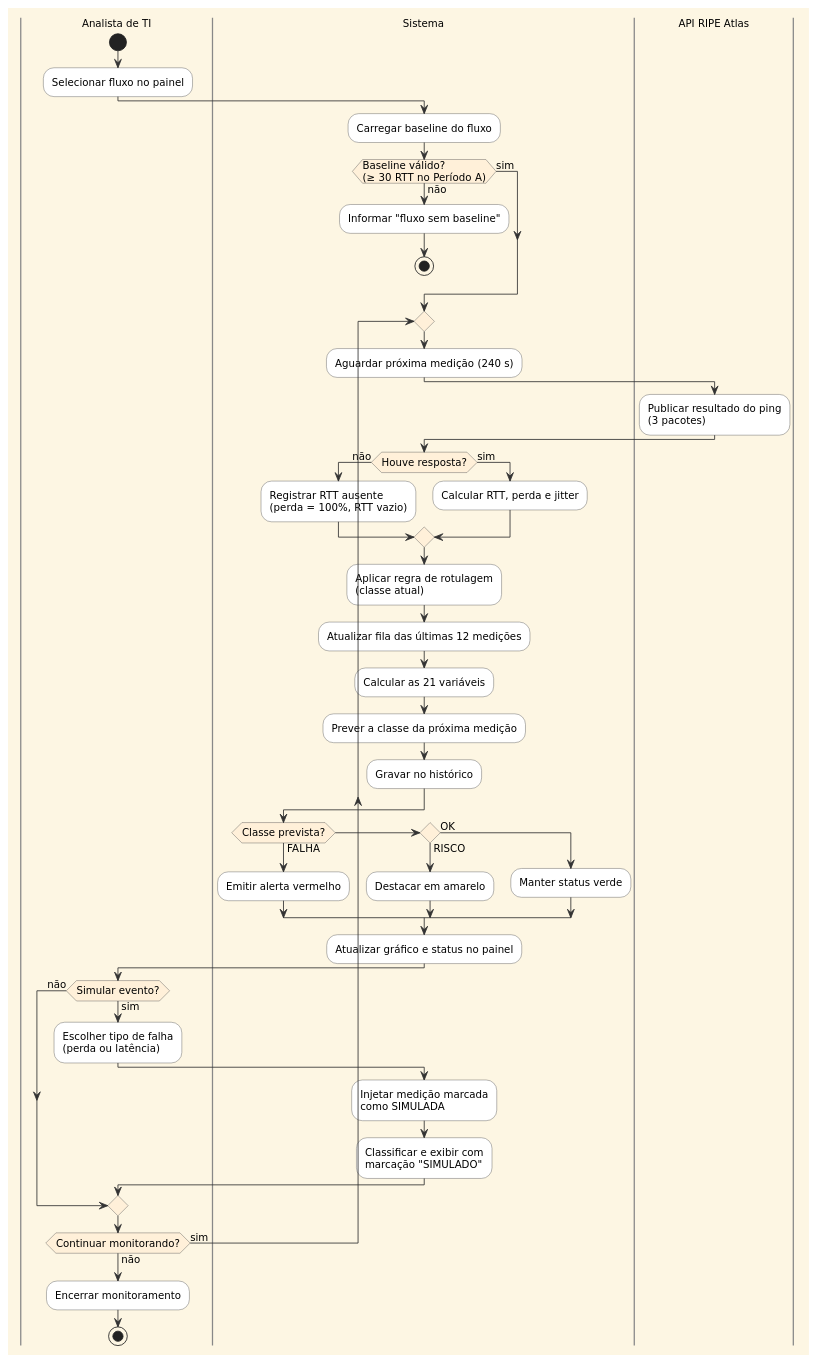
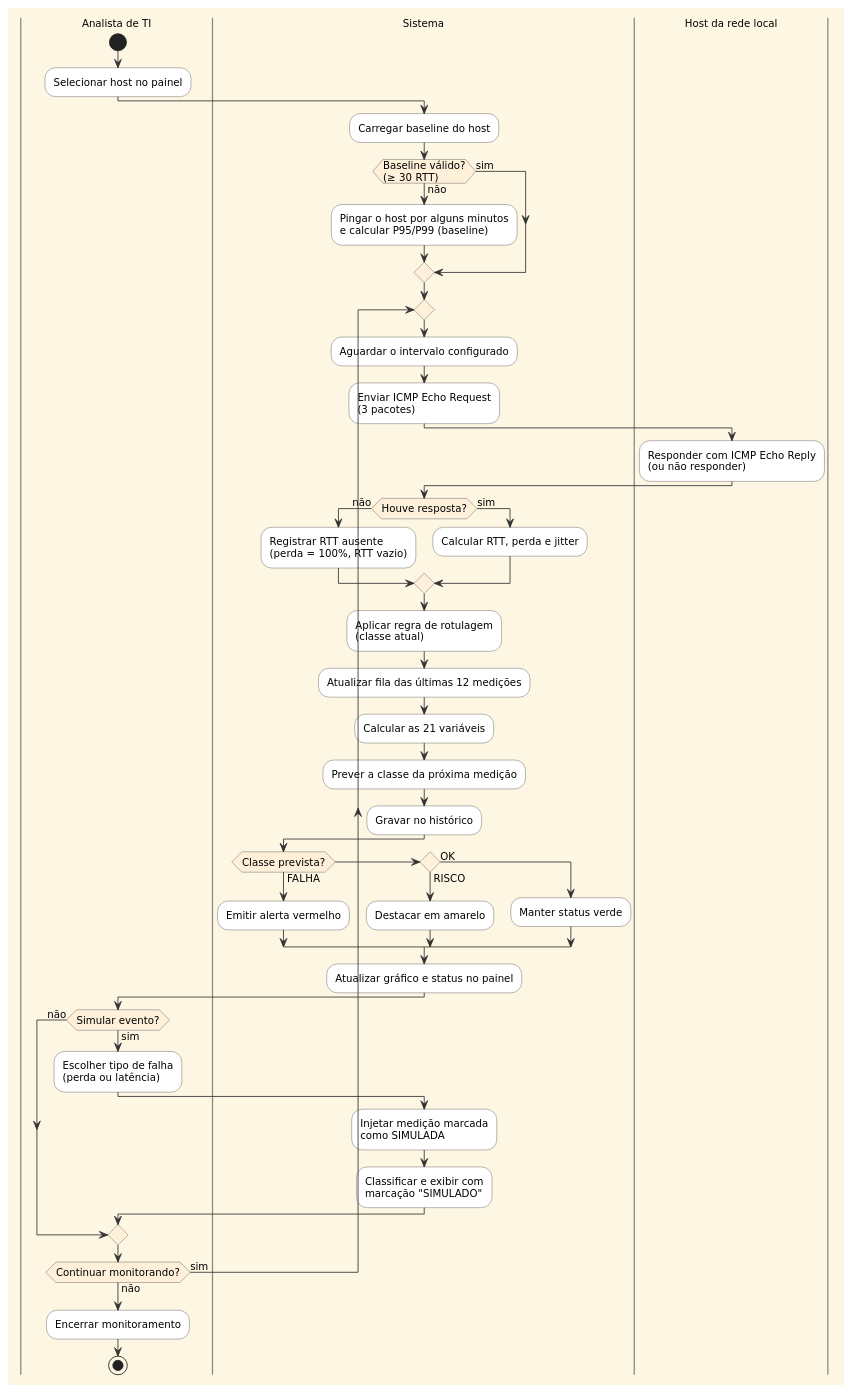
Before and after one commit to GzTop1/Redes-Projeto: the diagram in analise_de_sistemas/uml/04_atividade_monitoramento.puml, drawn with PlantUML.

Commit message:
Atualizando UML

```diff
--- a/analise_de_sistemas/uml/04_atividade_monitoramento.puml
+++ b/analise_de_sistemas/uml/04_atividade_monitoramento.puml
@@ -1,70 +1,70 @@
 @startuml
 skinparam backgroundColor #FDF6E3
 skinparam defaultFontName DejaVu Sans
 skinparam defaultFontSize 12
 skinparam shadowing false
 skinparam ArrowColor #333333
 skinparam ActorBorderColor #333333
 skinparam ActorBackgroundColor #F2F2F2
 skinparam UsecaseBorderColor #555555
 skinparam UsecaseBackgroundColor #F2F2F2
 skinparam ClassBorderColor #555555
 skinparam ClassBackgroundColor #FFFFFF
 skinparam ClassHeaderBackgroundColor #D9EAF7
 skinparam ParticipantBorderColor #555555
 skinparam ParticipantBackgroundColor #D9EAF7
 skinparam SequenceLifeLineBorderColor #888888
 skinparam ActivityBorderColor #555555
 skinparam ActivityBackgroundColor #FFFFFF
 skinparam ActivityDiamondBackgroundColor #FFF0D9
 skinparam ActivityDiamondBorderColor #555555
 skinparam SwimlaneBorderColor #888888
 skinparam NoteBackgroundColor #FFFBEA
 skinparam NoteBorderColor #AAAAAA
 skinparam PackageBorderColor #555555
 |Analista de TI|
 start
-:Selecionar fluxo no painel;
+:Selecionar host no painel;
 |Sistema|
-:Carregar baseline do fluxo;
-if (Baseline válido?\n(≥ 30 RTT no Período A)) then (não)
-  :Informar "fluxo sem baseline";
-  stop
+:Carregar baseline do host;
+if (Baseline válido?\n(≥ 30 RTT)) then (não)
+  :Pingar o host por alguns minutos\ne calcular P95/P99 (baseline);
 else (sim)
 endif
 repeat
-  :Aguardar próxima medição (240 s);
-  |API RIPE Atlas|
-  :Publicar resultado do ping\n(3 pacotes);
+  :Aguardar o intervalo configurado;
+  :Enviar ICMP Echo Request\n(3 pacotes);
+  |Host da rede local|
+  :Responder com ICMP Echo Reply\n(ou não responder);
   |Sistema|
   if (Houve resposta?) then (não)
     :Registrar RTT ausente\n(perda = 100%, RTT vazio);
   else (sim)
     :Calcular RTT, perda e jitter;
   endif
   :Aplicar regra de rotulagem\n(classe atual);
   :Atualizar fila das últimas 12 medições;
   :Calcular as 21 variáveis;
   :Prever a classe da próxima medição;
   :Gravar no histórico;
   if (Classe prevista?) then (FALHA)
     :Emitir alerta vermelho;
   elseif () then (RISCO)
     :Destacar em amarelo;
   else (OK)
     :Manter status verde;
   endif
   :Atualizar gráfico e status no painel;
   |Analista de TI|
   if (Simular evento?) then (sim)
     :Escolher tipo de falha\n(perda ou latência);
     |Sistema|
     :Injetar medição marcada\ncomo SIMULADA;
     :Classificar e exibir com\nmarcação "SIMULADO";
   else (não)
   endif
   |Analista de TI|
 repeat while (Continuar monitorando?) is (sim) not (não)
 :Encerrar monitoramento;
 stop
 @enduml
```
